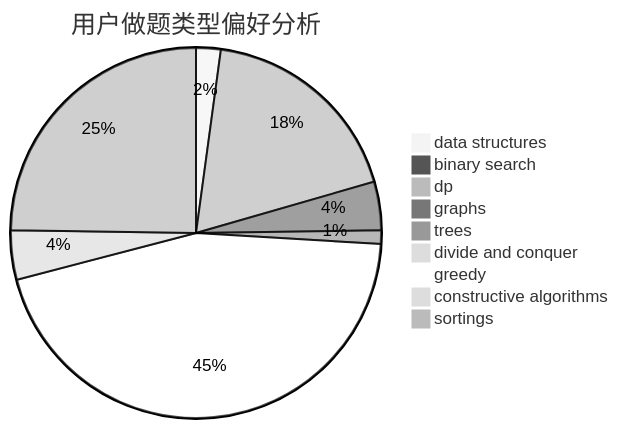
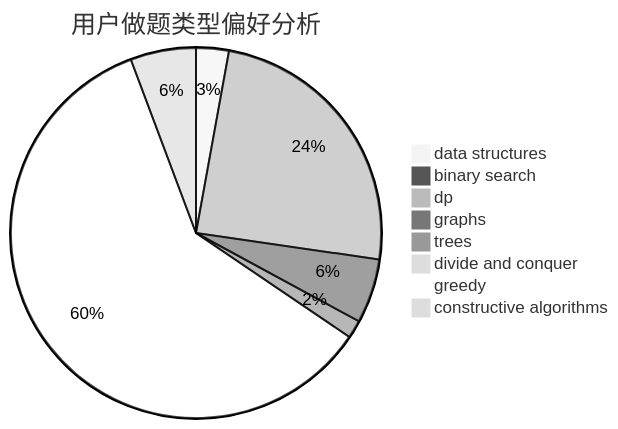
Before and after one commit to sherpahu/cfrs.github.io: the second of 3 diagrams in docs/user/u1386.md, drawn with Mermaid (neutral theme). The commit also changed other lines of this file and 2769 other files, not shown here.

````diff
--- a/docs/user/u1386.md
+++ b/docs/user/u1386.md
@@ -18,12 +18,11 @@
 ```mermaid
 pie title 用户做题类型偏好分析
     "data structures" :  29
     "binary search" :  3
     "dp" :  248
     "graphs" :  57
     "trees" :  16
     "divide and conquer" :  0
     "greedy" :  607
     "constructive algorithms" :  58
-    "sortings" :  334
 ```
````
